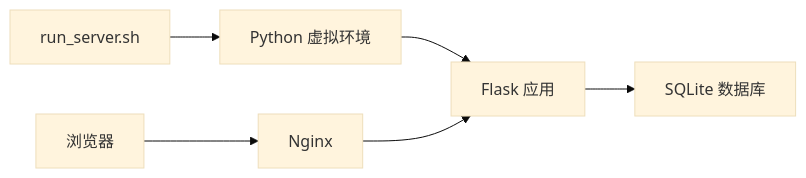
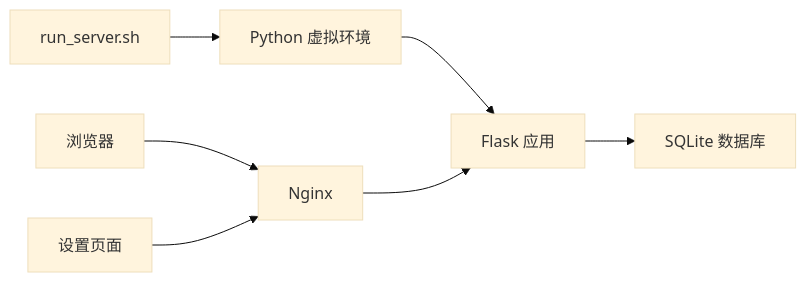
One commit to louyinmin/recorded changed the third of 3 diagrams in .qoder/repowiki/zh/content/部署指南.md. Above: the diagram before and after it, drawn with Mermaid (base theme). The commit also changed other lines of this file and 5 other files, not shown here.

````diff
--- a/.qoder/repowiki/zh/content/部署指南.md
+++ b/.qoder/repowiki/zh/content/部署指南.md
@@ -192,8 +223,9 @@
 ```mermaid
 graph LR
 A["run_server.sh"] --> B["Python 虚拟环境"]
 B --> C["Flask 应用"]
 C --> D["SQLite 数据库"]
 E["Nginx"] --> C
 F["浏览器"] --> E
+G["设置页面"] --> E
 ```
````
